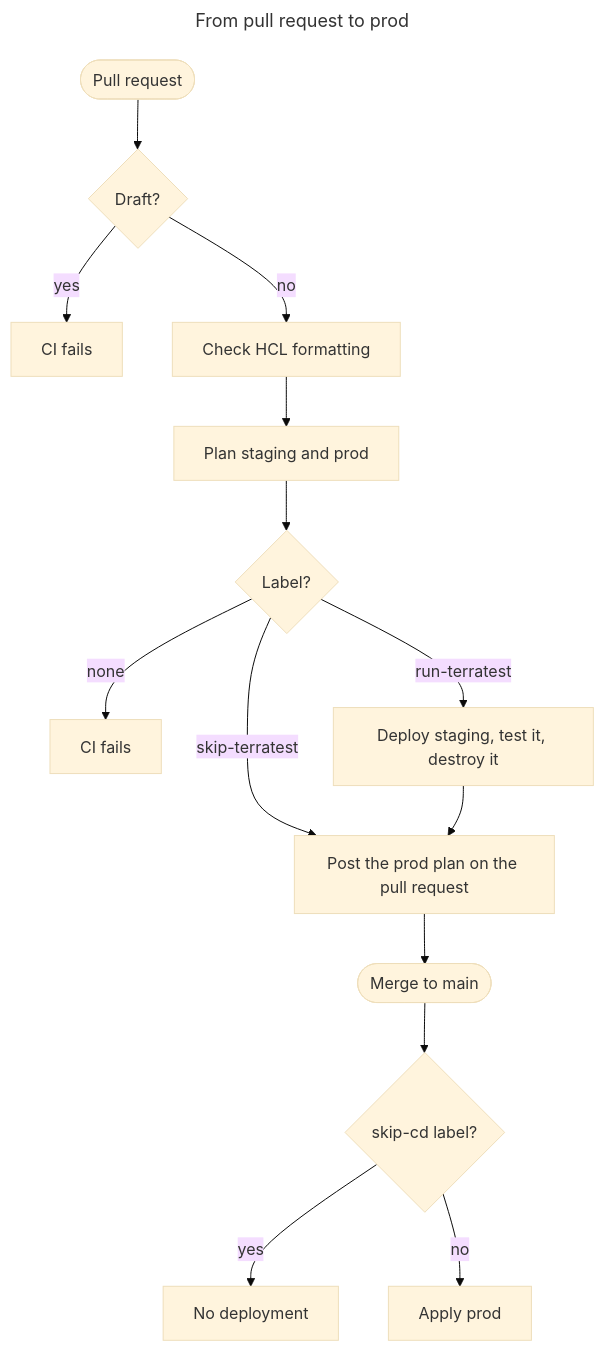
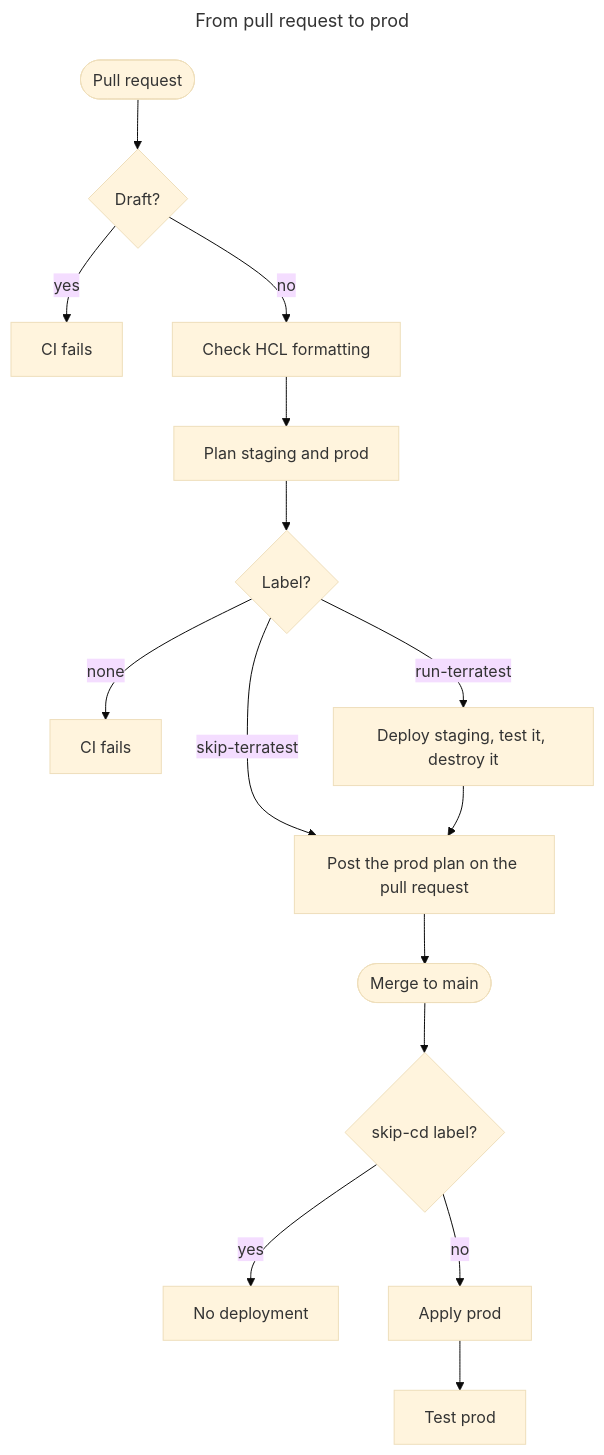
The diagram in site/docs/ci-cd/index.md (ConsciousML/eks-forge), drawn with Mermaid (base theme) before and after one commit. The commit also changed other lines of this file and 3 other files, not shown here.

Commit message:
docs: document the prod infrastructure test run by CD

````diff
--- a/site/docs/ci-cd/index.md
+++ b/site/docs/ci-cd/index.md
@@ -34,19 +34,20 @@
 ```mermaid
 ---
 title: From pull request to prod
 ---
 flowchart TD
     pr(["Pull request"]) --> draft{"Draft?"}
     draft -->|"yes"| fail1["CI fails"]
     draft -->|"no"| checks["Check HCL formatting"]
     checks --> plan["Plan staging and prod"]
     plan --> label{"Label?"}
     label -->|"none"| fail2["CI fails"]
     label -->|"run-terratest"| terratest["Deploy staging, test it, destroy it"]
     label -->|"skip-terratest"| comment["Post the prod plan on the pull request"]
     terratest --> comment
     comment --> merge(["Merge to main"])
     merge --> skip{"skip-cd label?"}
     skip -->|"yes"| nodeploy["No deployment"]
     skip -->|"no"| apply["Apply prod"]
+    apply --> test["Test prod"]
 ```
````
